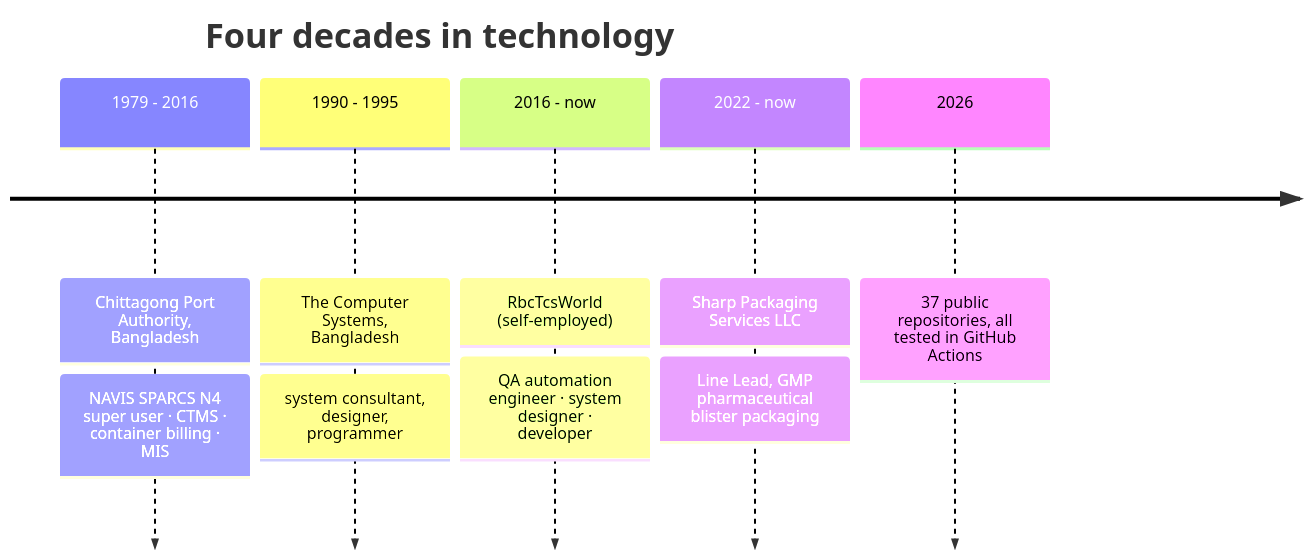
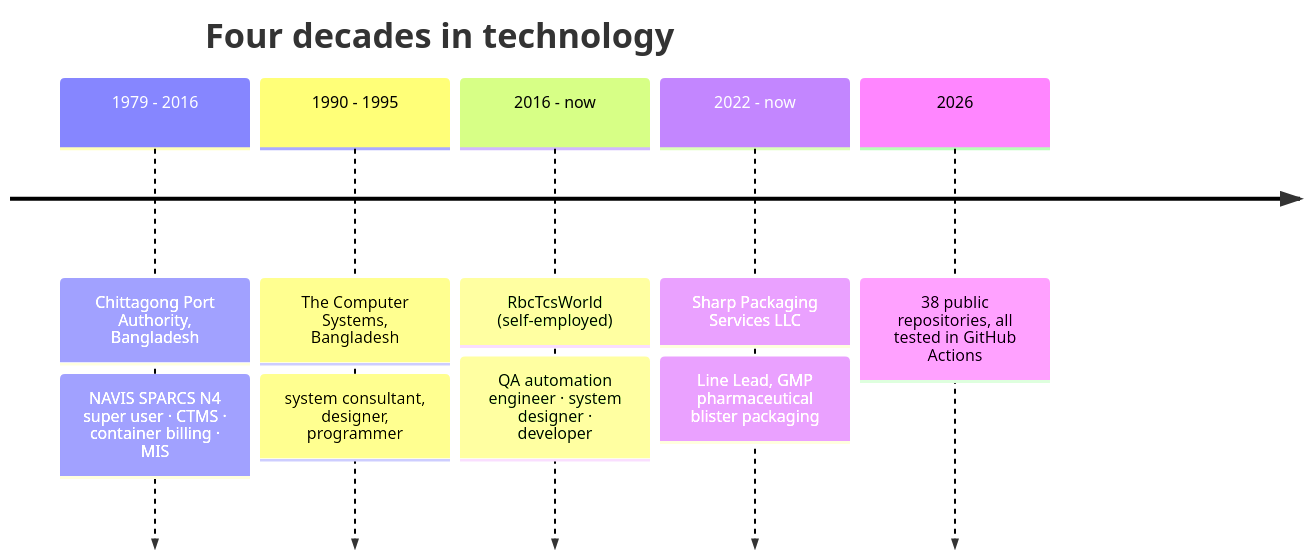
Diagram 14 of 14 in README.md (rbchy/ranajitchowdhury), drawn with Mermaid before and after one commit. The commit also changed other lines of this file and 3 other files, not shown here.

````diff
--- a/README.md
+++ b/README.md
@@ -393,13 +395,13 @@
 ```mermaid
 timeline
     title Four decades in technology
     1979 - 2016 : Chittagong Port Authority, Bangladesh
                 : NAVIS SPARCS N4 super user · CTMS · container billing · MIS
     1990 - 1995 : The Computer Systems, Bangladesh
                 : system consultant, designer, programmer
     2016 - now  : RbcTcsWorld (self-employed)
                 : QA automation engineer · system designer · developer
     2022 - now  : Sharp Packaging Services LLC
                 : Line Lead, GMP pharmaceutical blister packaging
-    2026        : 37 public repositories, all tested in GitHub Actions
+    2026        : 38 public repositories, all tested in GitHub Actions
 ```
````
